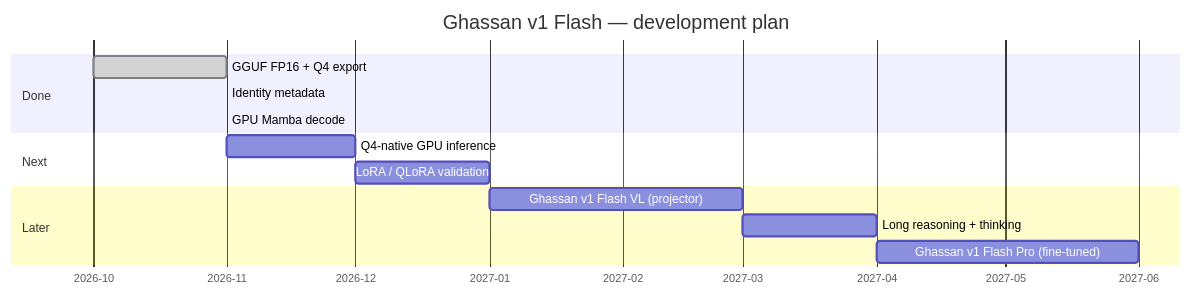
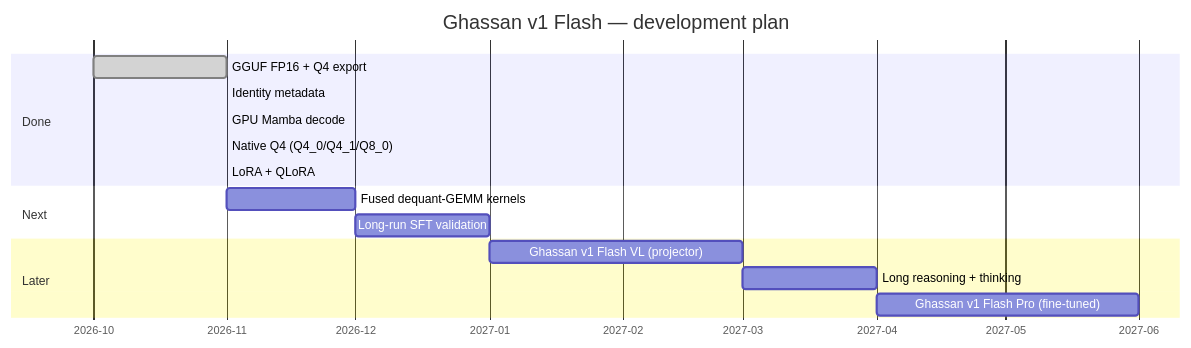
The tenth of 12 diagrams in README.md (mohammedaminerhassan-spec/jdm-Ghassan_v1_flach), drawn with Mermaid before and after one commit. The commit also changed other lines of this file and 14 other files, not shown here.

First line of the commit message:
feat: native Q4 (Q4_0/Q4_1/Q8_0) inference + QLoRA training

````diff
--- a/README.md
+++ b/README.md
@@ -398,17 +445,19 @@
 ```mermaid
 gantt
     title Ghassan v1 Flash — development plan
     dateFormat YYYY-MM
     axisFormat %Y-%m
     section Done
     GGUF FP16 + Q4 export        :done, a1, 2026-10, 2026-11
     Identity metadata            :done, a2, 2026-11, 2026-11
     GPU Mamba decode             :done, a3, 2026-11, 2026-11
+    Native Q4 (Q4_0/Q4_1/Q8_0)   :done, a4, 2026-11, 2026-11
+    LoRA + QLoRA                 :done, a5, 2026-11, 2026-11
     section Next
-    Q4-native GPU inference      :b1, 2026-11, 2026-12
-    LoRA / QLoRA validation      :b2, 2026-12, 2027-01
+    Fused dequant-GEMM kernels   :b1, 2026-11, 2026-12
+    Long-run SFT validation      :b2, 2026-12, 2027-01
     section Later
     Ghassan v1 Flash VL (projector) :c1, 2027-01, 2027-03
     Long reasoning + thinking    :c2, 2027-03, 2027-04
     Ghassan v1 Flash Pro (fine-tuned) :c3, 2027-04, 2027-06
 ```
````
